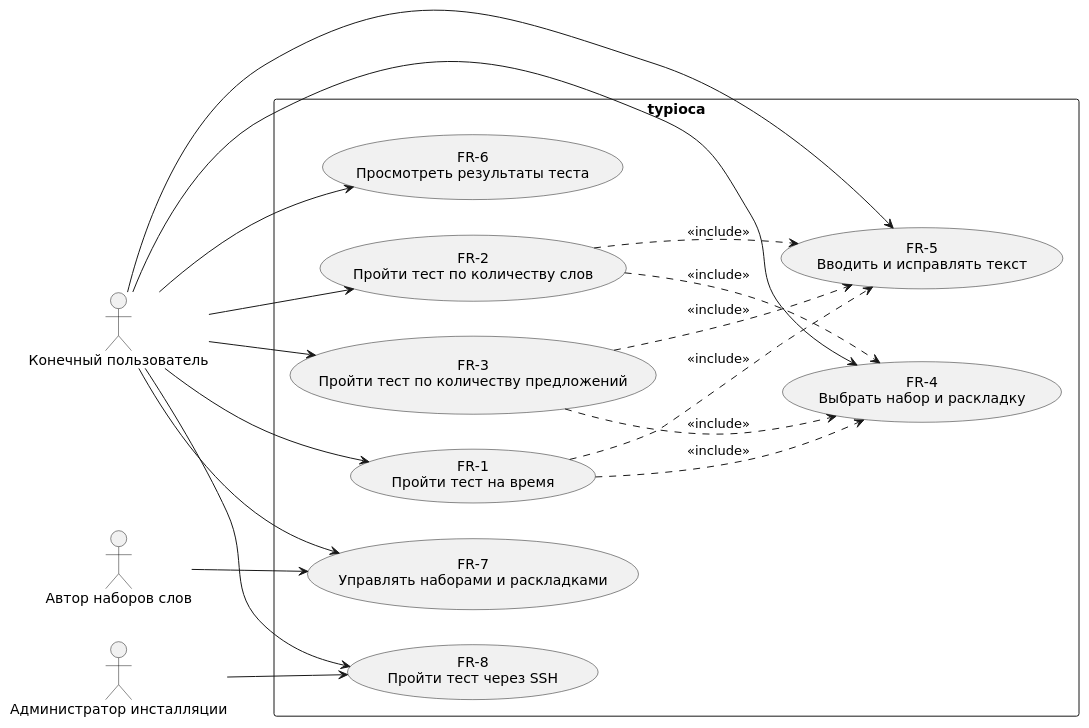
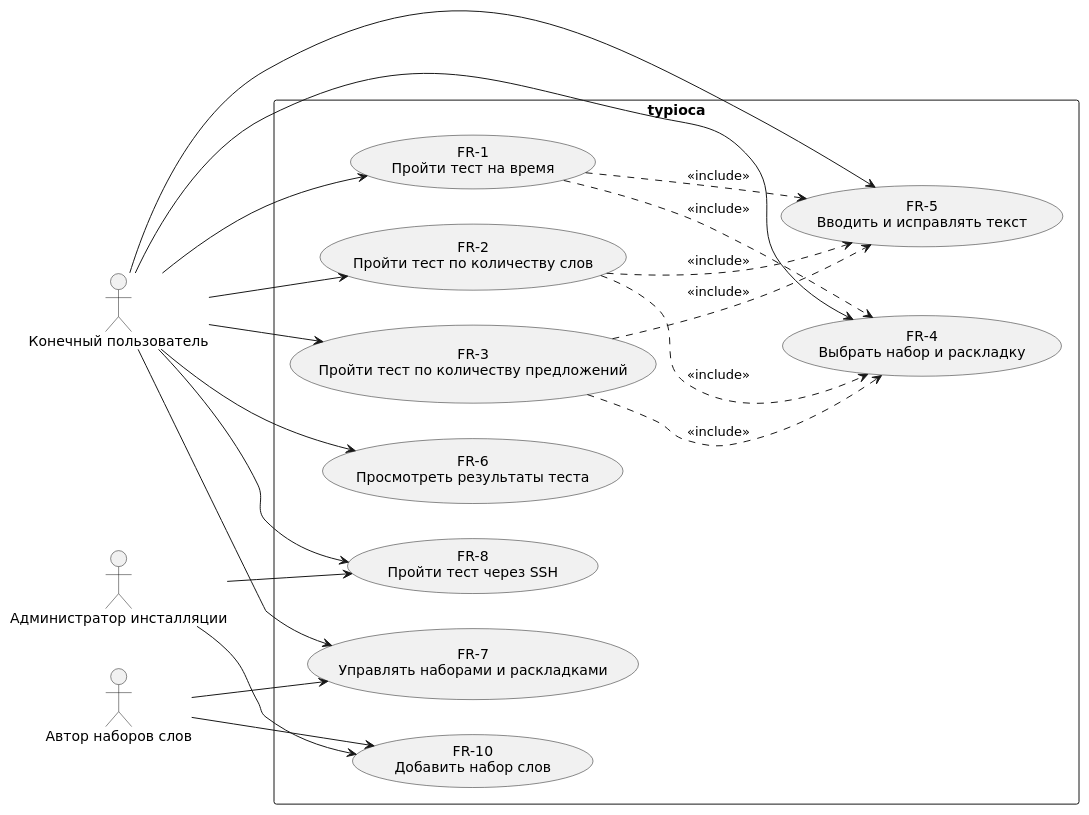
The diagram in docs/diagrams/use-cases.puml (gitmaxlla/typioca-code), drawn with PlantUML before and after one commit. The commit also changed 7 other files, not shown here.

```diff
--- a/docs/diagrams/use-cases.puml
+++ b/docs/diagrams/use-cases.puml
@@ -1,39 +1,42 @@
 @startuml use-cases
 skinparam defaultFontName "DejaVu Sans"
 skinparam backgroundColor white
 skinparam shadowing false
 left to right direction
 
 actor "Конечный пользователь" as user
 actor "Автор наборов слов" as author
 actor "Администратор инсталляции" as admin
 
 rectangle "typioca" {
   usecase "FR-1\nПройти тест на время" as uc1
   usecase "FR-2\nПройти тест по количеству слов" as uc2
   usecase "FR-3\nПройти тест по количеству предложений" as uc3
   usecase "FR-4\nВыбрать набор и раскладку" as uc4
   usecase "FR-5\nВводить и исправлять текст" as uc5
   usecase "FR-6\nПросмотреть результаты теста" as uc6
   usecase "FR-7\nУправлять наборами и раскладками" as uc7
   usecase "FR-8\nПройти тест через SSH" as uc8
+  usecase "FR-10\nДобавить набор слов" as uc9
 }
 
 user --> uc1
 user --> uc2
 user --> uc3
 user --> uc4
 user --> uc5
 user --> uc6
 user --> uc7
 user --> uc8
 author --> uc7
 admin --> uc8
+author --> uc9
+admin --> uc9
 
 uc1 ..> uc5 : <<include>>
 uc2 ..> uc5 : <<include>>
 uc3 ..> uc5 : <<include>>
 uc1 ..> uc4 : <<include>>
 uc2 ..> uc4 : <<include>>
 uc3 ..> uc4 : <<include>>
 @enduml
```
